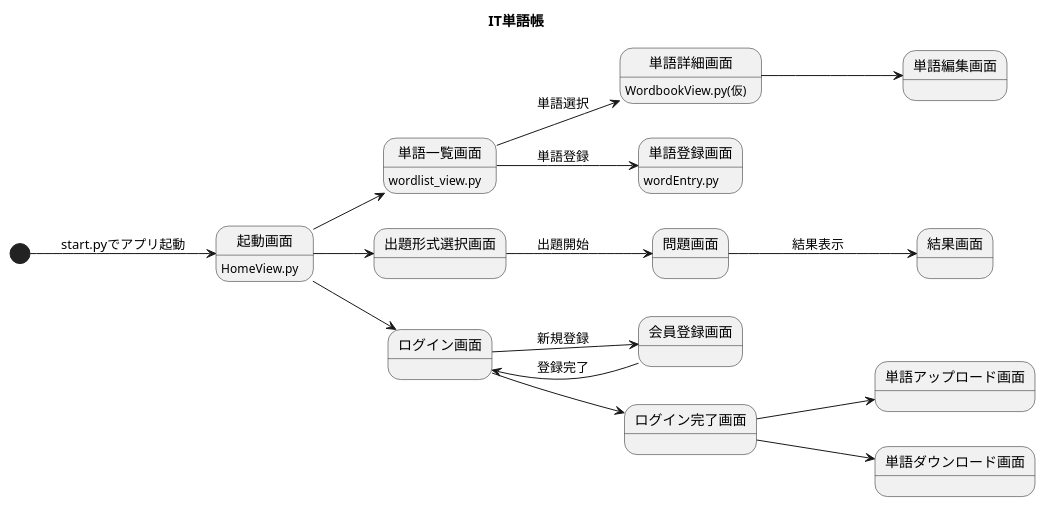
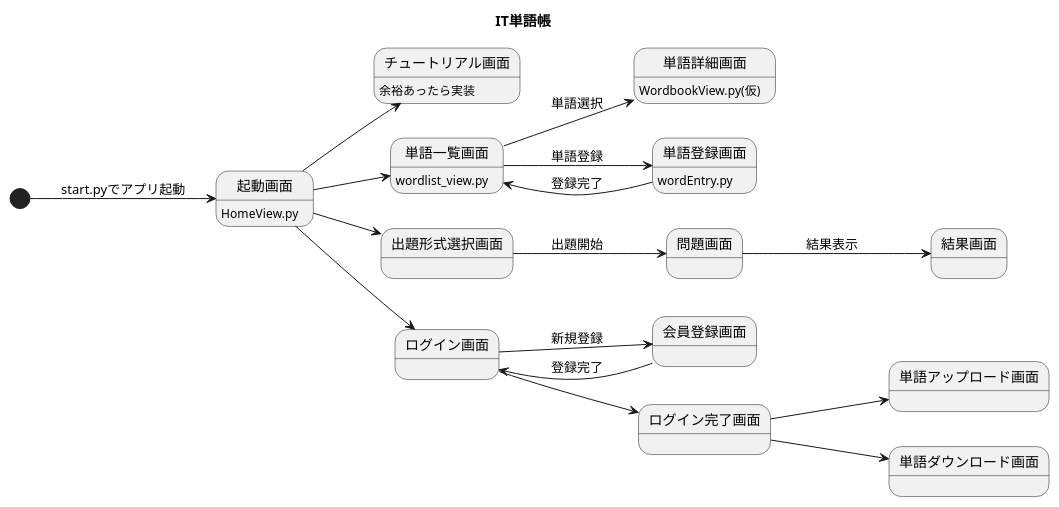
The diagram in 資料/画面遷移図.pu (Kano0110/ITLearningSupport), drawn with PlantUML before and after one commit. The commit also changed 1 other file, not shown here.

Commit message:
単語登録画面の配置調整、画面遷移図の更新

```diff
--- a/資料/画面遷移図.pu
+++ b/資料/画面遷移図.pu
@@ -1,34 +1,36 @@
 @startuml ITwordbook
 
 left to right direction
 title IT単語帳
 
 [*] --> 起動画面 : start.pyでアプリ起動
 
+起動画面 --> チュートリアル画面
 起動画面 --> 単語一覧画面
 起動画面 --> 出題形式選択画面
 起動画面 --> ログイン画面
 
 単語一覧画面 --> 単語詳細画面 : 単語選択
 単語一覧画面 --> 単語登録画面 : 単語登録
 
-単語詳細画面 --> 単語編集画面
+単語登録画面 --> 単語一覧画面 : 登録完了
 
 出題形式選択画面 --> 問題画面 : 出題開始
 問題画面 --> 結果画面 : 結果表示
 
 ログイン画面 --> 会員登録画面 : 新規登録
 ログイン画面 --> ログイン完了画面
 
 ログイン完了画面 --> 単語アップロード画面
 ログイン完了画面 --> 単語ダウンロード画面
 
 
 会員登録画面 --> ログイン画面 : 登録完了
 
 state 起動画面 : HomeView.py
 state 単語一覧画面 : wordlist_view.py
 state 単語詳細画面 : WordbookView.py(仮)
 state 単語登録画面 : wordEntry.py
+state チュートリアル画面 : 余裕あったら実装
 
 @enduml
```
